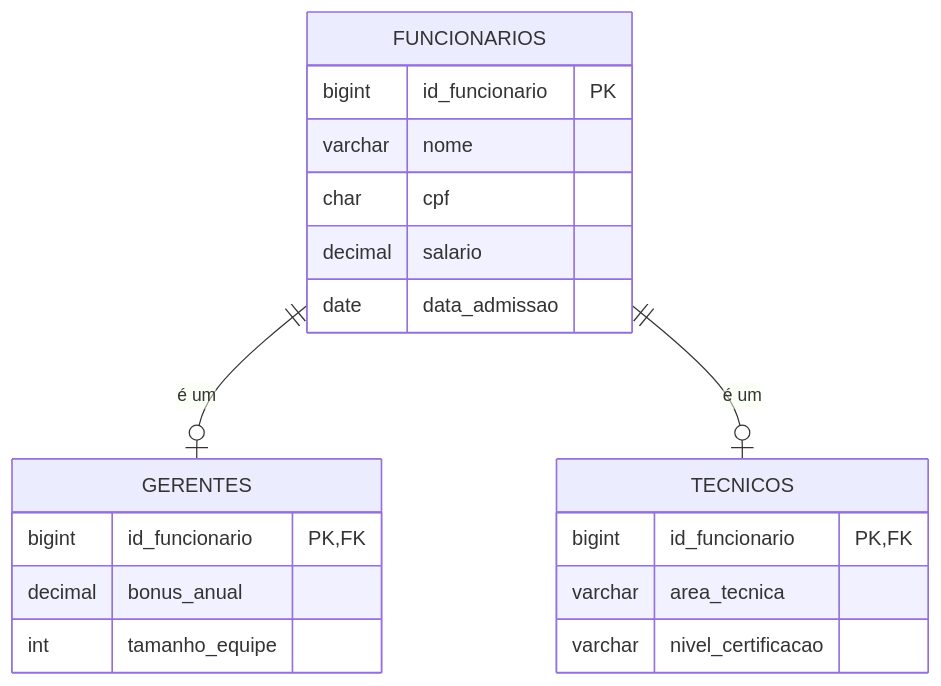
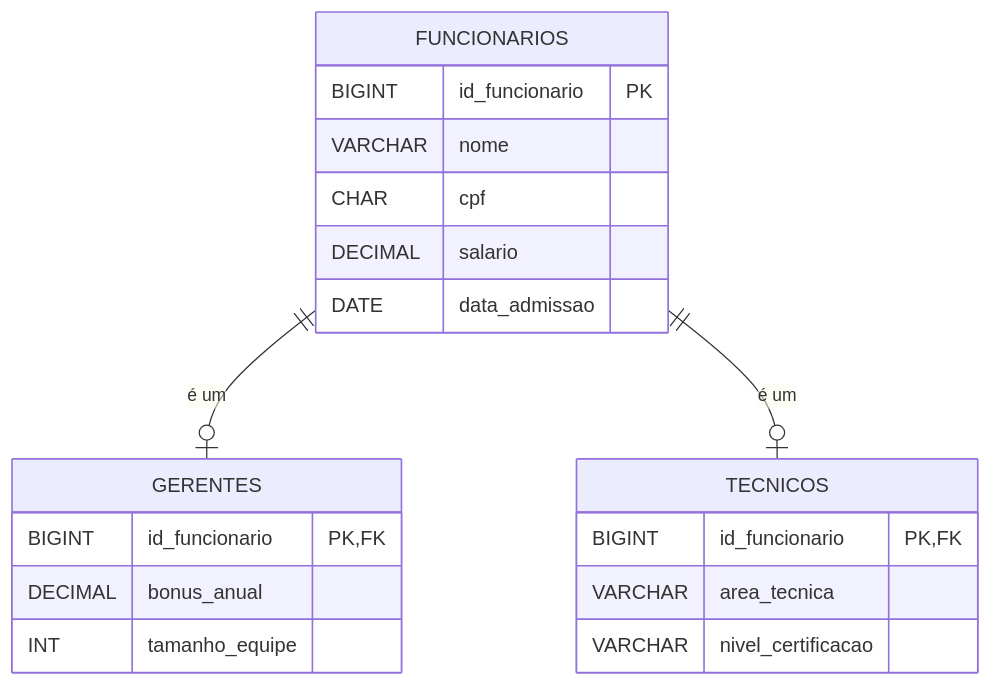
One commit to DSM-Fatec-Jahu/BDR-DSM-2026-2 changed diagram 12 of 20 in docs/aulas/Aula_01_Revisao_Modelagem_Conceitual.md. Above: the diagram before and after it, drawn with Mermaid. The commit also changed other lines of this file and 2 other files, not shown here.

First line of the commit message:
Padroniza tipos SQL em MAIÚSCULAS nos diagramas (Regra 3)

````diff
--- a/docs/aulas/Aula_01_Revisao_Modelagem_Conceitual.md
+++ b/docs/aulas/Aula_01_Revisao_Modelagem_Conceitual.md
@@ -563,25 +563,25 @@
 ```mermaid
 erDiagram
     FUNCIONARIOS {
-        bigint id_funcionario PK
-        varchar nome
-        char cpf
-        decimal salario
-        date data_admissao
+        BIGINT id_funcionario PK
+        VARCHAR nome
+        CHAR cpf
+        DECIMAL salario
+        DATE data_admissao
     }
 
     GERENTES {
-        bigint id_funcionario PK, FK
-        decimal bonus_anual
-        int tamanho_equipe
+        BIGINT id_funcionario PK, FK
+        DECIMAL bonus_anual
+        INT tamanho_equipe
     }
 
     TECNICOS {
-        bigint id_funcionario PK, FK
-        varchar area_tecnica
-        varchar nivel_certificacao
+        BIGINT id_funcionario PK, FK
+        VARCHAR area_tecnica
+        VARCHAR nivel_certificacao
     }
 
     FUNCIONARIOS ||--o| GERENTES  : "é um"
     FUNCIONARIOS ||--o| TECNICOS  : "é um"
 ```
````
